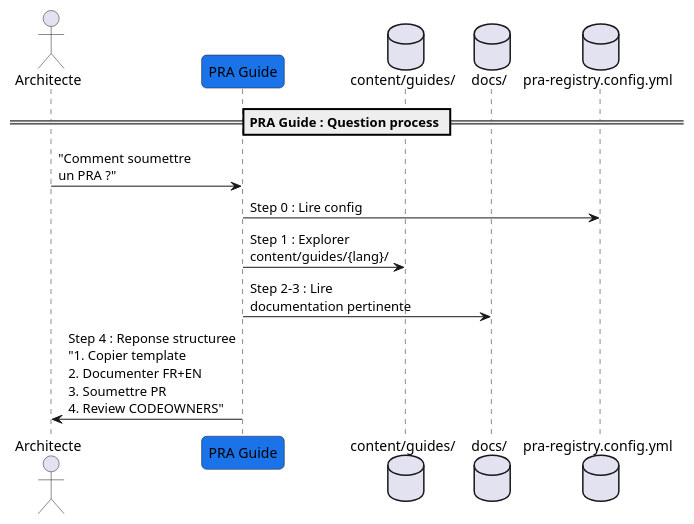
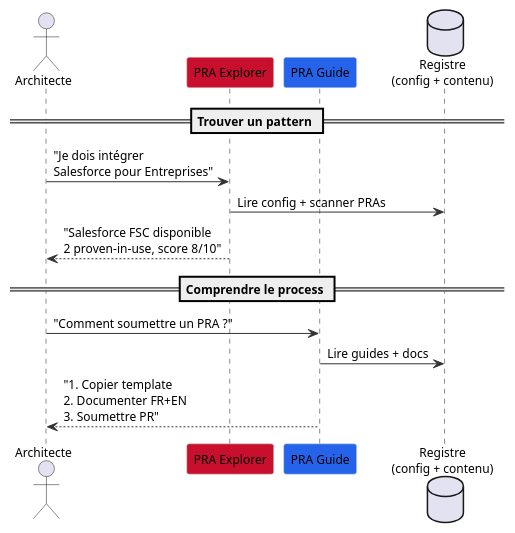
Before and after one commit to KiyaliHQ/proven-reusable-architecture: the fourth of 7 diagrams in content/pras/fr/overview.adoc, drawn with PlantUML. The commit also changed other lines of this file and 1 other file, not shown here.

First line of the commit message:
fix: improve PlantUML diagrams for stakeholder presentation

```diff
--- a/content/pras/fr/overview.adoc
+++ b/content/pras/fr/overview.adoc
@@ -193,24 +159,33 @@
 [plantuml]
 ----
 @startuml
 skinparam backgroundColor transparent
-skinparam participant {
-  RoundCorner 10
+skinparam defaultFontName "Segoe UI"
+skinparam defaultFontSize 12
+skinparam shadowing false
+skinparam ArrowColor #333333
+skinparam sequence {
+  ParticipantBackgroundColor #ffffff
+  ParticipantBorderColor #d1d5db
+  LifeLineBackgroundColor #f9fafb
 }
 
 actor "Architecte" as arch
-participant "PRA Guide" as guide #1a73e8
-database "content/guides/" as guides
-database "docs/" as docs
-database "pra-registry.config.yml" as config
+participant "PRA Explorer" as explorer #c8102e
+participant "PRA Guide" as guide #2563eb
+database "Registre\n(config + contenu)" as reg
 
-== PRA Guide : Question process ==
+== Trouver un pattern ==
 
-arch -> guide : "Comment soumettre\nun PRA ?"
-guide -> config : Step 0 : Lire config
-guide -> guides : Step 1 : Explorer\ncontent/guides/{lang}/
-guide -> docs : Step 2-3 : Lire\ndocumentation pertinente
-guide -> arch : Step 4 : Reponse structuree\n"1. Copier template\n2. Documenter FR+EN\n3. Soumettre PR\n4. Review CODEOWNERS"
+arch -> explorer : "Je dois intégrer\nSalesforce pour Entreprises"
+explorer -> reg : Lire config + scanner PRAs
+explorer --> arch : "Salesforce FSC disponible\n2 proven-in-use, score 8/10"
+
+== Comprendre le process ==
+
+arch -> guide : "Comment soumettre un PRA ?"
+guide -> reg : Lire guides + docs
+guide --> arch : "1. Copier template\n2. Documenter FR+EN\n3. Soumettre PR"
 
 @enduml
 ----
```
